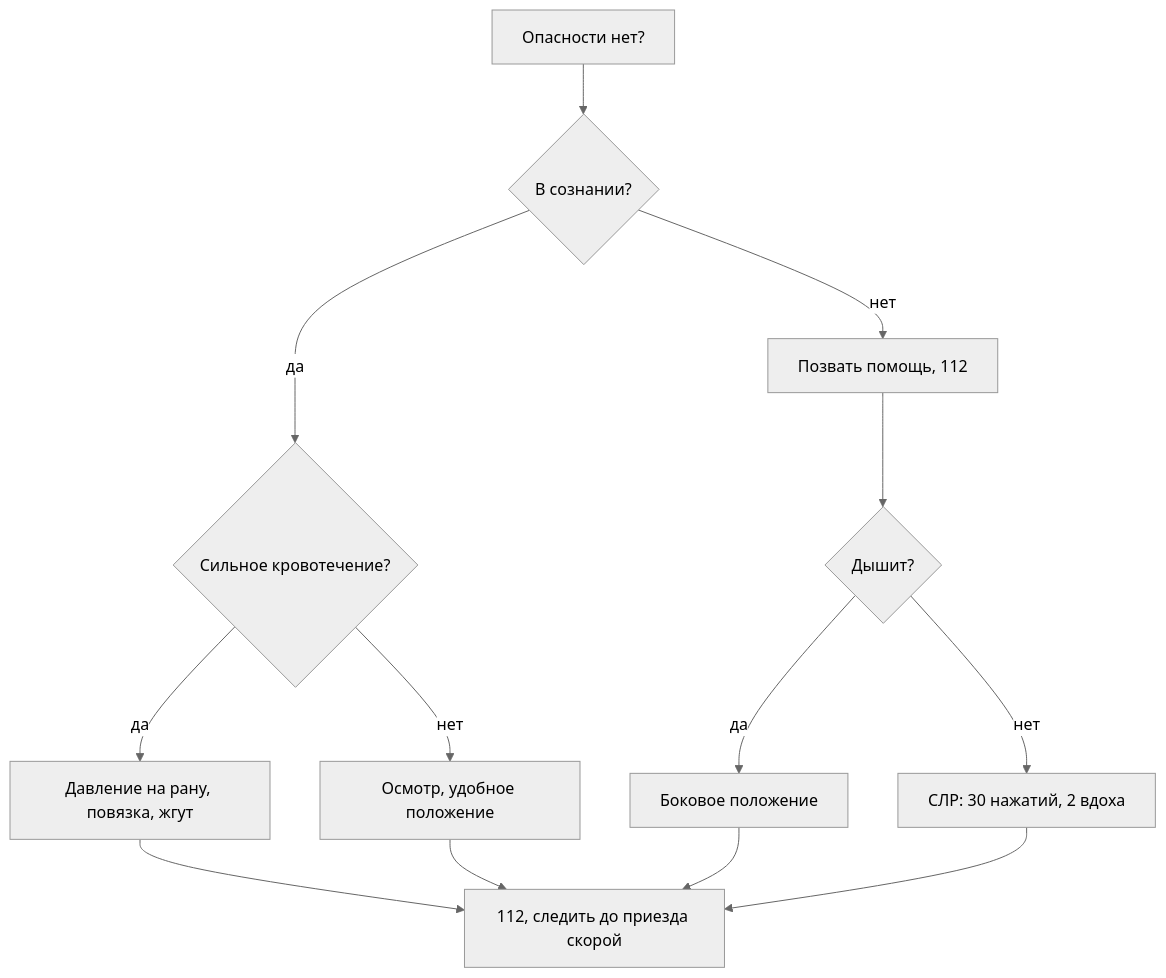
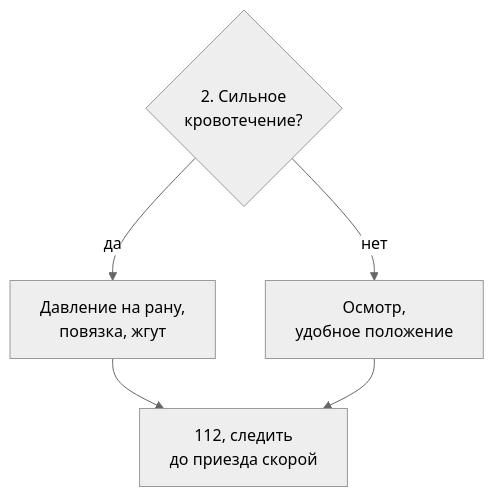
One commit to kscht/spiridus-docs changed the eighth of 8 diagrams in examples/documents/25-arts-tech.md. Above: the diagram before and after it, drawn with Mermaid (neutral theme). The commit also changed other lines of this file and 56 other files, not shown here.

````diff
--- a/examples/documents/25-arts-tech.md
+++ b/examples/documents/25-arts-tech.md
@@ -401,15 +433,8 @@
 ```mermaid
 flowchart TD
-  A[Опасности нет?] --> B{В сознании?}
-  B -- нет --> C[Позвать помощь, 112]
-  C --> D{Дышит?}
-  D -- нет --> E["СЛР: 30 нажатий, 2 вдоха"]
-  D -- да --> F[Боковое положение]
-  B -- да --> G{Сильное кровотечение?}
-  G -- да --> H[Давление на рану, повязка, жгут]
-  G -- нет --> I[Осмотр, удобное положение]
-  H --> J[112, следить до приезда скорой]
+  G{2. Сильное<br>кровотечение?}
+  G -- да --> H[Давление на рану,<br>повязка, жгут]
+  G -- нет --> I[Осмотр,<br>удобное положение]
+  H --> J[112, следить<br>до приезда скорой]
   I --> J
-  F --> J
-  E --> J
 ```
````
